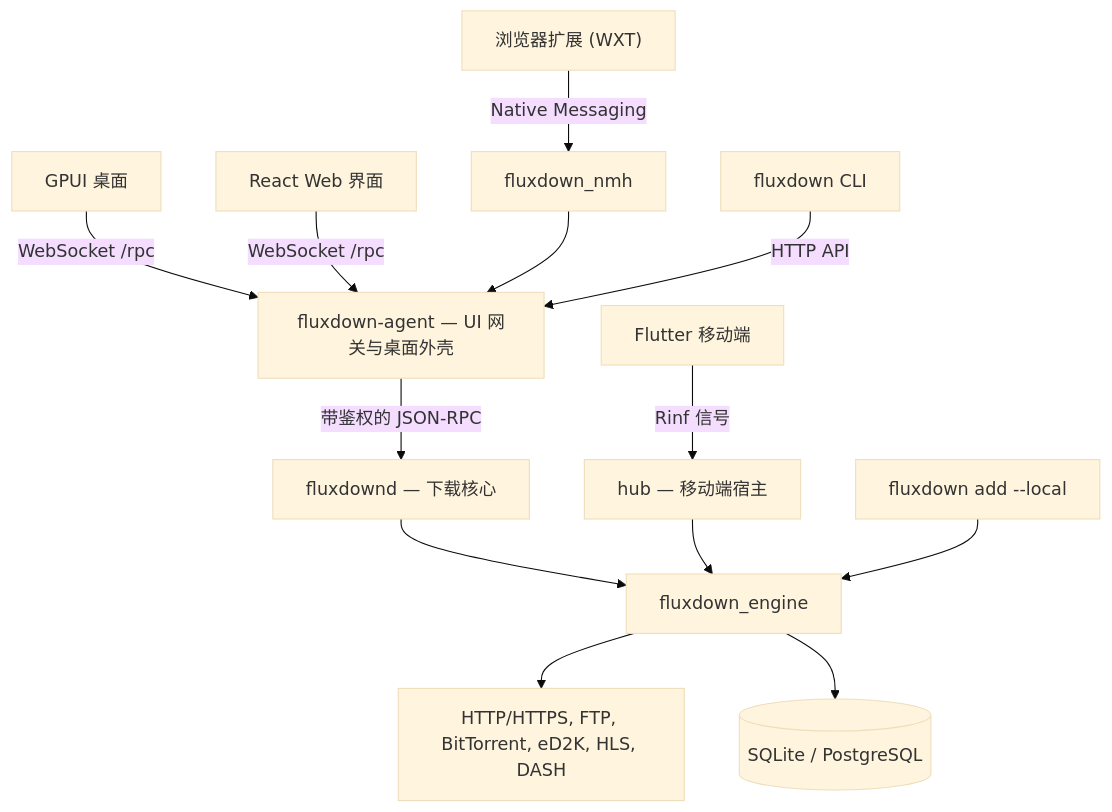
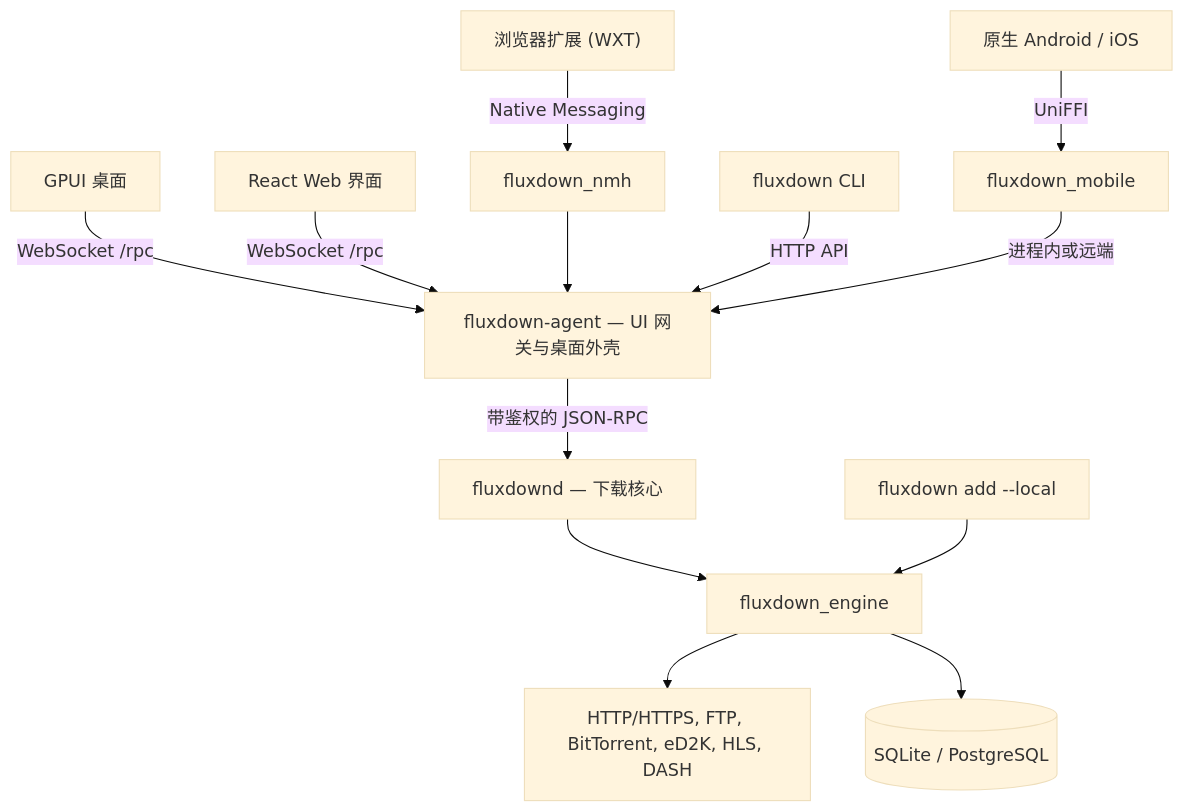
One commit to evg1394/FluxDown changed the diagram in README.zh-CN.md. Above: the diagram before and after it, drawn with Mermaid (base theme). The commit also changed other lines of this file and 638 other files, not shown here.

````diff
--- a/README.zh-CN.md
+++ b/README.zh-CN.md
@@ -185,15 +185,15 @@
 ```mermaid
 flowchart TD
     UI["GPUI 桌面"] -->|"WebSocket /rpc"| AGENT["fluxdown-agent — UI 网关与桌面外壳"]
     WEB["React Web 界面"] -->|"WebSocket /rpc"| AGENT
     EXT["浏览器扩展 (WXT)"] -->|Native Messaging| NMH["fluxdown_nmh"]
     NMH --> AGENT
     CLI["fluxdown CLI"] -->|"HTTP API"| AGENT
     AGENT -->|"带鉴权的 JSON-RPC"| DAEMON["fluxdownd — 下载核心"]
     DAEMON --> ENGINE["fluxdown_engine"]
-    MOBILE["Flutter 移动端"] -->|"Rinf 信号"| HUB["hub — 移动端宿主"]
-    HUB --> ENGINE["fluxdown_engine"]
+    MOBILE["原生 Android / iOS"] -->|"UniFFI"| CORE["fluxdown_mobile"]
+    CORE -->|"进程内或远端"| AGENT
     LOCAL["fluxdown add --local"] --> ENGINE
     ENGINE --> PROTOCOLS["HTTP/HTTPS, FTP, BitTorrent, eD2K, HLS, DASH"]
     ENGINE --> DB[("SQLite / PostgreSQL")]
 ```
````
